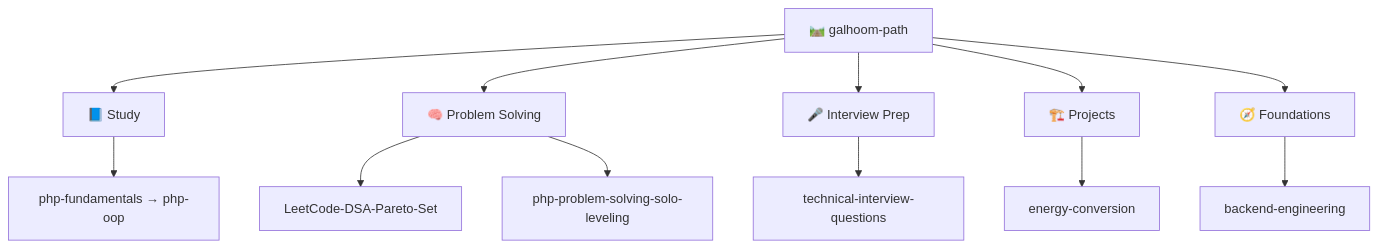
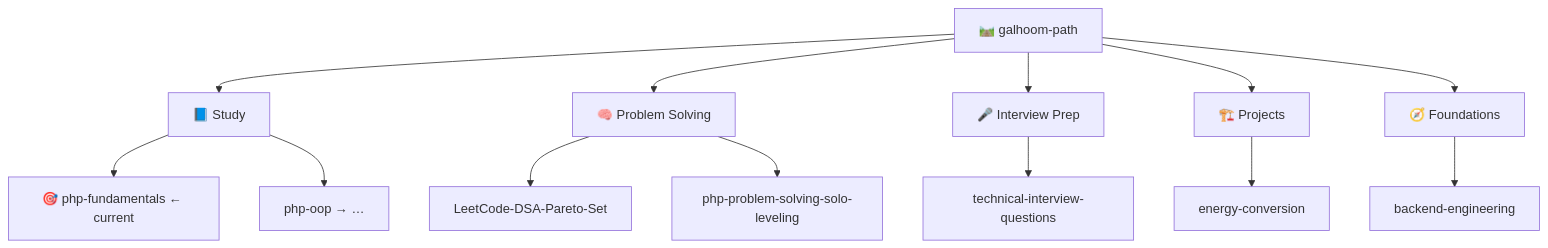
One commit to Galhoom22/Galhoom22 changed the diagram in README.md. Above: the diagram before and after it, drawn with Mermaid. The commit also changed other lines of this file, not shown here.

First line of the commit message:
Align profile current focus with Galhoom Path Study #1.

````diff
--- a/README.md
+++ b/README.md
@@ -34,15 +38,16 @@
 ```mermaid
 flowchart TB
   ORG["🛤️ galhoom-path"]
   ORG --> S["📘 Study"]
   ORG --> P["🧠 Problem Solving"]
   ORG --> I["🎤 Interview Prep"]
   ORG --> R["🏗️ Projects"]
   ORG --> F["🧭 Foundations"]
-  S --> S1["php-fundamentals → php-oop"]
+  S --> S1["🎯 php-fundamentals ← current"]
+  S --> S2["php-oop → …"]
   P --> P1["LeetCode-DSA-Pareto-Set"]
   P --> P2["php-problem-solving-solo-leveling"]
   I --> I1["technical-interview-questions"]
   R --> R1["energy-conversion"]
   F --> F1["backend-engineering"]
 ```
````
